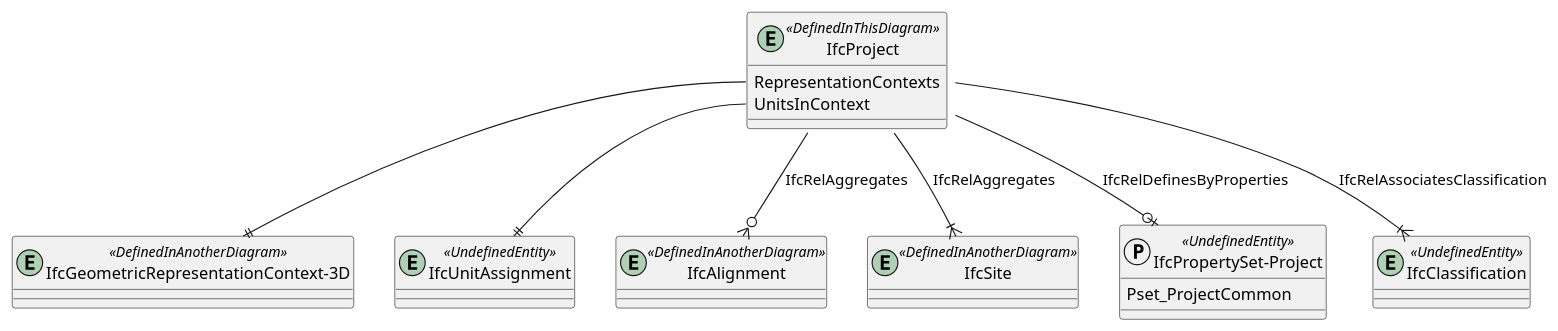
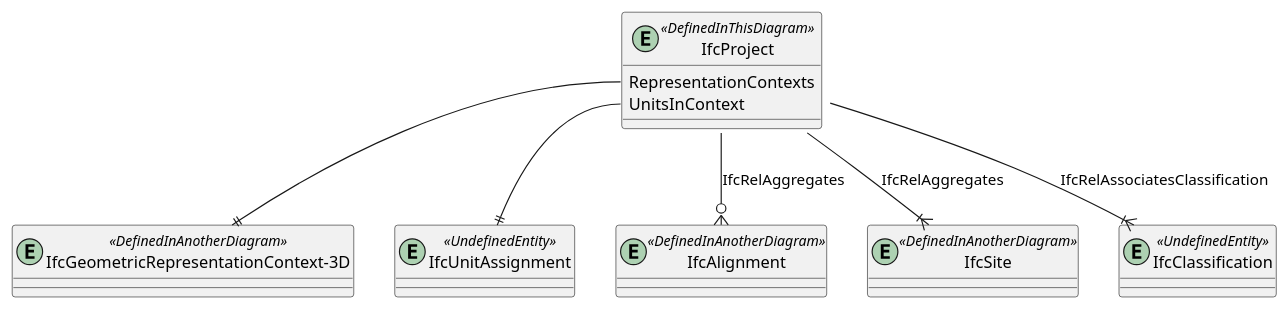
One commit to buildingSMART-Finland/RYTV-IFCRoute changed the diagram in diagrams/bsf-IfcProject.pu. Above: the diagram before and after it, drawn with PlantUML.

Commit message:
removed propertyset-project

```diff
--- a/diagrams/bsf-IfcProject.pu
+++ b/diagrams/bsf-IfcProject.pu
@@ -1,32 +1,26 @@
 @startuml 
 
 entity IfcProject <<DefinedInThisDiagram>>
 {
   RepresentationContexts
   UnitsInContext
 }
 
 entity IfcGeometricRepresentationContext-3D <<DefinedInAnotherDiagram>>
 
 entity IfcUnitAssignment <<UndefinedEntity>>
 
 entity IfcAlignment <<DefinedInAnotherDiagram>>
 IfcProject --o{ IfcAlignment : IfcRelAggregates
 
 entity IfcSite <<DefinedInAnotherDiagram>>
 IfcProject --|{ IfcSite : IfcRelAggregates
 
-protocol "IfcPropertySet-Project" <<UndefinedEntity>>
-{
-  Pset_ProjectCommon
-}
-
 
 entity IfcClassification <<UndefinedEntity>>
 
 IfcProject::RepresentationContexts --|| "IfcGeometricRepresentationContext-3D"
 IfcProject::UnitsInContext --|| IfcUnitAssignment
 IfcProject --|{IfcClassification : IfcRelAssociatesClassification
-IfcProject --o| "IfcPropertySet-Project" : IfcRelDefinesByProperties
 
 @enduml
```
